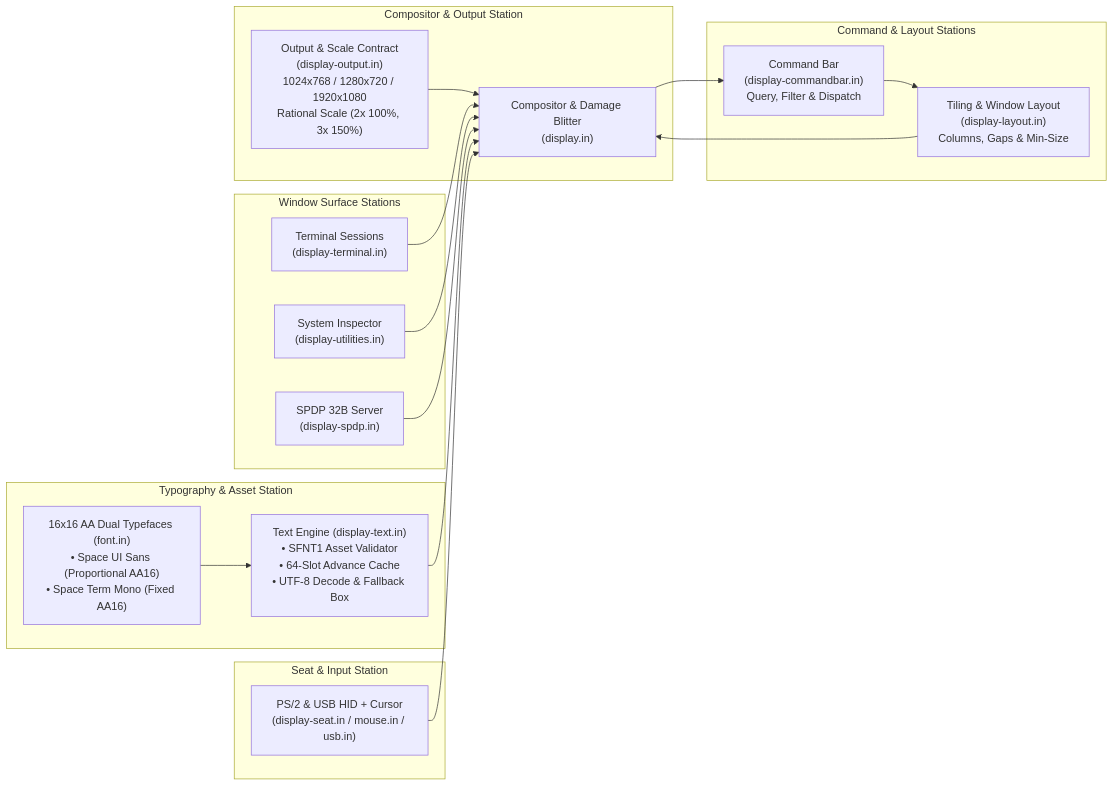
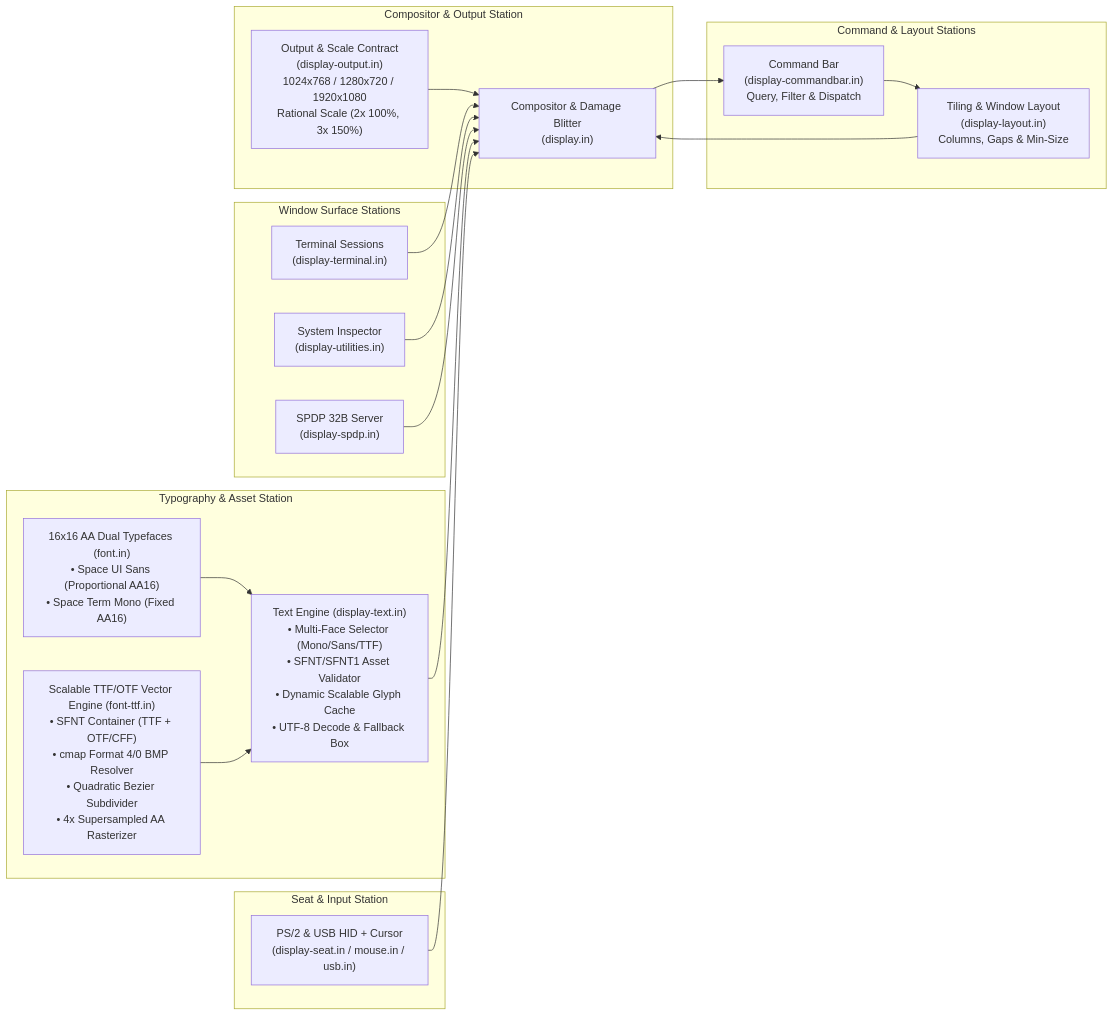
The third of 3 diagrams in README.md (tschk/space), drawn with Mermaid before and after one commit. The commit also changed other lines of this file and 12 other files, not shown here.

First line of the commit message:
feat: implement freestanding TrueType and OpenType font engine with scalable vector rasterizer

````diff
--- a/README.md
+++ b/README.md
@@ -147,38 +147,40 @@
 ```mermaid
 flowchart LR
     subgraph Input["Seat & Input Station"]
         PS2["PS/2 & USB HID + Cursor\n(display-seat.in / mouse.in / usb.in)"]
     end
 
     subgraph Shell["Command & Layout Stations"]
         Bar["Command Bar\n(display-commandbar.in)\nQuery, Filter & Dispatch"]
         Layout["Tiling & Window Layout\n(display-layout.in)\nColumns, Gaps & Min-Size"]
     end
 
     subgraph Text["Typography & Asset Station"]
         Fonts["16x16 AA Dual Typefaces (font.in)\n• Space UI Sans (Proportional AA16)\n• Space Term Mono (Fixed AA16)"]
-        TextEng["Text Engine (display-text.in)\n• SFNT1 Asset Validator\n• 64-Slot Advance Cache\n• UTF-8 Decode & Fallback Box"]
+        TTF["Scalable TTF/OTF Vector Engine (font-ttf.in)\n• SFNT Container (TTF + OTF/CFF)\n• cmap Format 4/0 BMP Resolver\n• Quadratic Bezier Subdivider\n• 4x Supersampled AA Rasterizer"]
+        TextEng["Text Engine (display-text.in)\n• Multi-Face Selector (Mono/Sans/TTF)\n• SFNT/SFNT1 Asset Validator\n• Dynamic Scalable Glyph Cache\n• UTF-8 Decode & Fallback Box"]
         Fonts --> TextEng
+        TTF --> TextEng
     end
 
     subgraph Panels["Window Surface Stations"]
         Term["Terminal Sessions\n(display-terminal.in)"]
         Util["System Inspector\n(display-utilities.in)"]
         SPDP["SPDP 32B Server\n(display-spdp.in)"]
     end
 
     subgraph Output["Compositor & Output Station"]
         Out["Output & Scale Contract\n(display-output.in)\n1024x768 / 1280x720 / 1920x1080\nRational Scale (2x 100%, 3x 150%)"]
         Comp["Compositor & Damage Blitter\n(display.in)"]
         Out --> Comp
     end
 
     PS2 --> Comp
     Comp --> Bar
     Bar --> Layout
     Layout --> Comp
     TextEng --> Comp
     Term --> Comp
     Util --> Comp
     SPDP --> Comp
 ```
````
